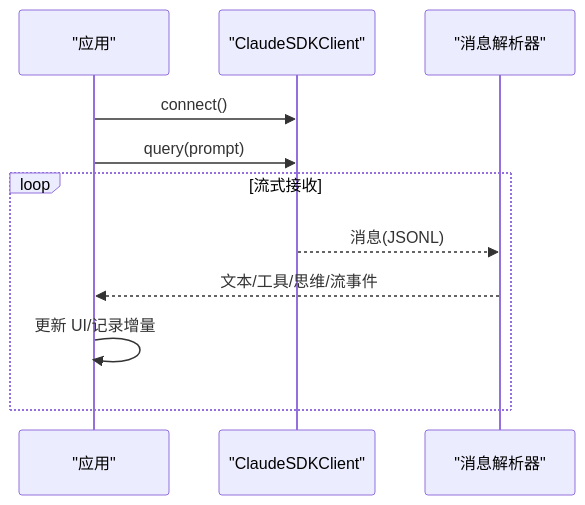
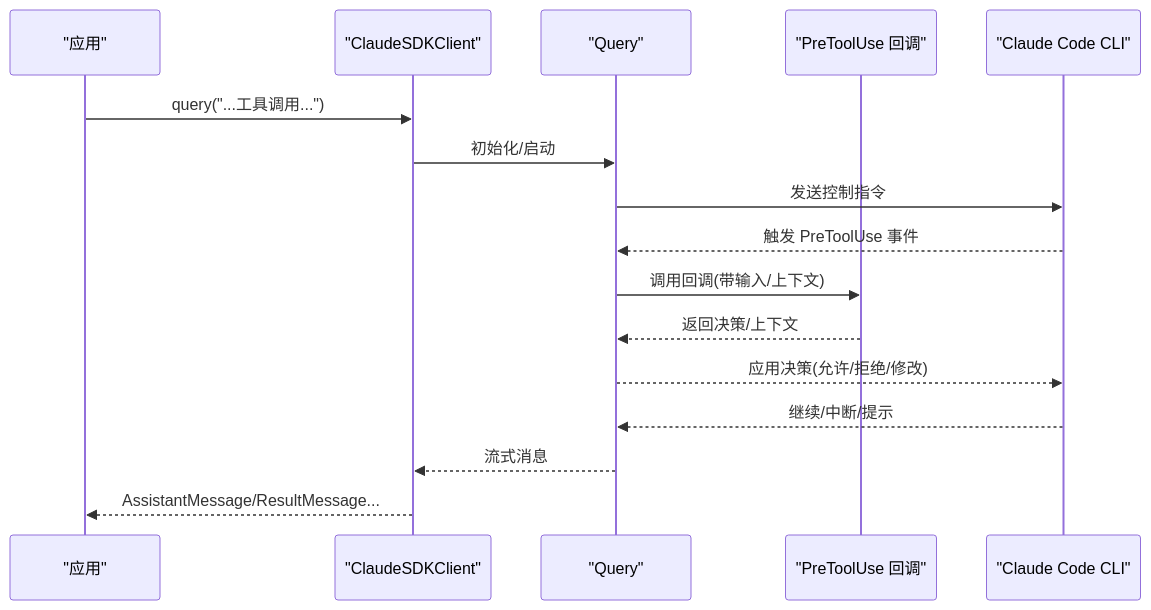
The fourth of 6 diagrams in .qoder/repowiki/zh/content/高级功能/高级功能.md (defulat-coder/claude-agent-sdk-python), drawn with Mermaid before and after one commit. The commit also changed other lines of this file and 85 other files, not shown here.

````diff
--- a/.qoder/repowiki/zh/content/高级功能/高级功能.md
+++ b/.qoder/repowiki/zh/content/高级功能/高级功能.md
@@ -236,13 +169,18 @@
 ```mermaid
 sequenceDiagram
 participant App as "应用"
 participant Client as "ClaudeSDKClient"
-participant Parser as "消息解析器"
-App->>Client : connect()
-App->>Client : query(prompt)
-loop 流式接收
-Client-->>Parser : 消息(JSONL)
-Parser-->>App : 文本/工具/思维/流事件
-App->>App : 更新 UI/记录增量
-end
+participant Query as "Query"
+participant Hooks as "PreToolUse 回调"
+participant CLI as "Claude Code CLI"
+App->>Client : query("...工具调用...")
+Client->>Query : 初始化/启动
+Query->>CLI : 发送控制指令
+CLI-->>Query : 触发 PreToolUse 事件
+Query->>Hooks : 调用回调(带输入/上下文)
+Hooks-->>Query : 返回决策/上下文
+Query-->>CLI : 应用决策(允许/拒绝/修改)
+CLI-->>Query : 继续/中断/提示
+Query-->>Client : 流式消息
+Client-->>App : AssistantMessage/ResultMessage...
 ```
````
